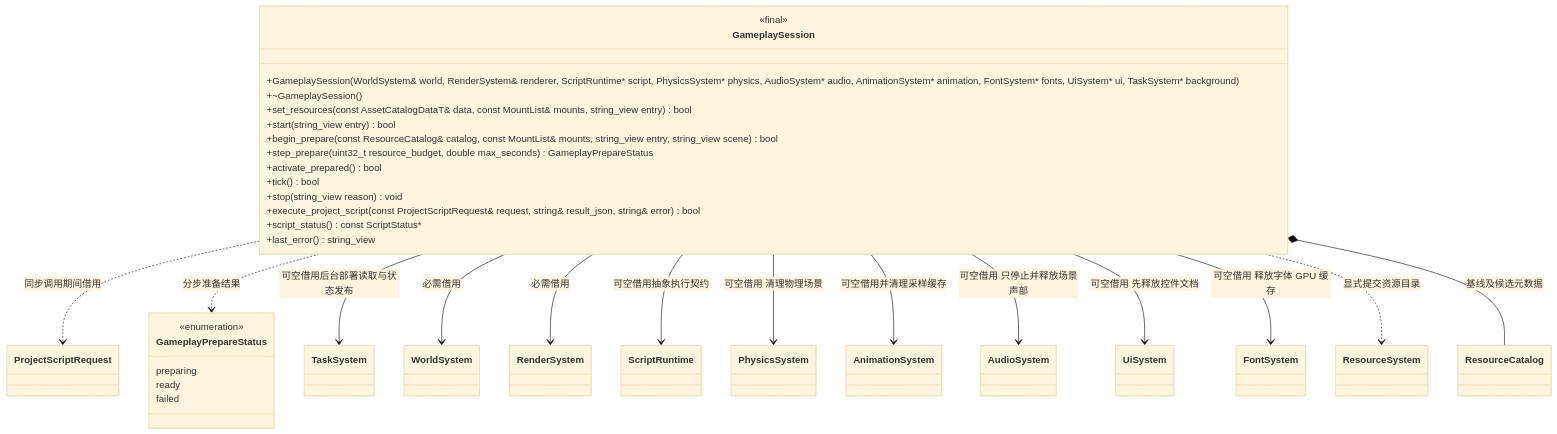
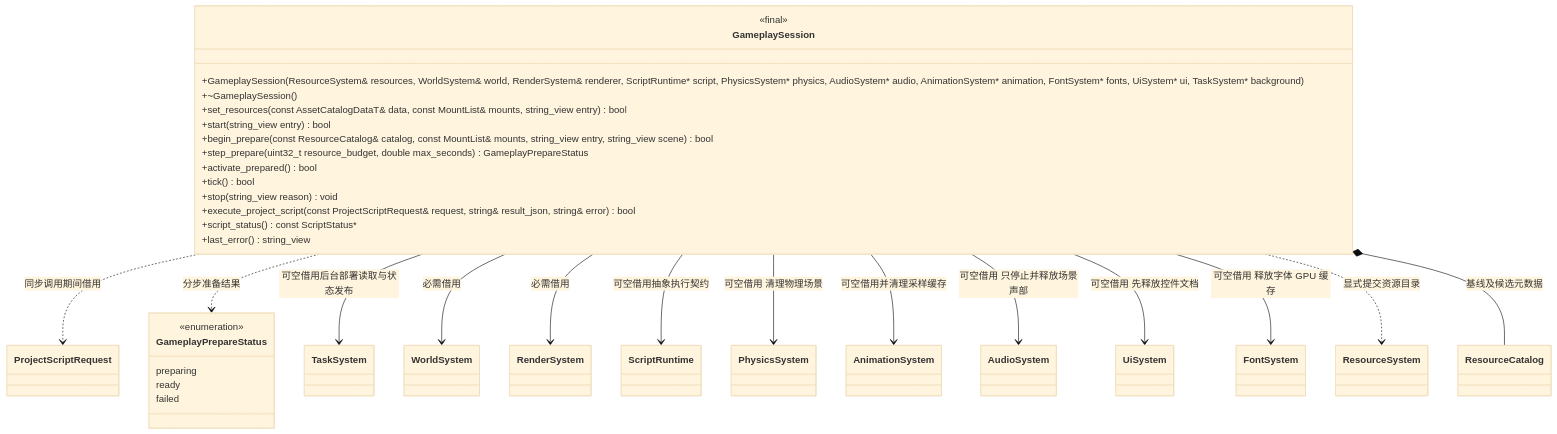
One commit to lcals/Engine changed the first of 2 diagrams in docs/runtime/class-diagrams/gameplay-session.md. Above: the diagram before and after it, drawn with Mermaid (base theme). The commit also changed 391 other files, not shown here.

````diff
--- a/docs/runtime/class-diagrams/gameplay-session.md
+++ b/docs/runtime/class-diagrams/gameplay-session.md
@@ -8,47 +8,47 @@
 ```mermaid
 classDiagram
     class ProjectScriptRequest
     GameplaySession ..> ProjectScriptRequest : 同步调用期间借用
     class GameplaySession {
         <<final>>
-        +GameplaySession(WorldSystem& world, RenderSystem& renderer, ScriptRuntime#42; script, PhysicsSystem#42; physics, AudioSystem#42; audio, AnimationSystem#42; animation, FontSystem#42; fonts, UiSystem#42; ui, TaskSystem#42; background)
+        +GameplaySession(ResourceSystem& resources, WorldSystem& world, RenderSystem& renderer, ScriptRuntime#42; script, PhysicsSystem#42; physics, AudioSystem#42; audio, AnimationSystem#42; animation, FontSystem#42; fonts, UiSystem#42; ui, TaskSystem#42; background)
         +~GameplaySession()
         +set_resources(const AssetCatalogDataT& data, const MountList& mounts, string_view entry) bool
         +start(string_view entry) bool
         +begin_prepare(const ResourceCatalog& catalog, const MountList& mounts, string_view entry, string_view scene) bool
         +step_prepare(uint32_t resource_budget, double max_seconds) GameplayPrepareStatus
         +activate_prepared() bool
         +tick() bool
         +stop(string_view reason) void
         +execute_project_script(const ProjectScriptRequest& request, string& result_json, string& error) bool
         +script_status() const ScriptStatus#42;
         +last_error() string_view
     }
     class GameplayPrepareStatus {
         <<enumeration>>
         preparing
         ready
         failed
     }
     GameplaySession ..> GameplayPrepareStatus : 分步准备结果
     class WorldSystem
     class RenderSystem
     class ScriptRuntime
     class PhysicsSystem
     class AudioSystem
     class AnimationSystem
     class ResourceSystem
     class ResourceCatalog
     class TaskSystem
     GameplaySession --> TaskSystem : 可空借用后台部署读取与状态发布
     GameplaySession --> WorldSystem : 必需借用
     GameplaySession --> RenderSystem : 必需借用
     GameplaySession --> ScriptRuntime : 可空借用抽象执行契约
     GameplaySession --> PhysicsSystem : 可空借用 清理物理场景
     GameplaySession --> AnimationSystem : 可空借用并清理采样缓存
     GameplaySession --> AudioSystem : 可空借用 只停止并释放场景声部
     GameplaySession --> UiSystem : 可空借用 先释放控件文档
     GameplaySession --> FontSystem : 可空借用 释放字体 GPU 缓存
     GameplaySession ..> ResourceSystem : 显式提交资源目录
     GameplaySession *-- ResourceCatalog : 基线及候选元数据
 ```
````
